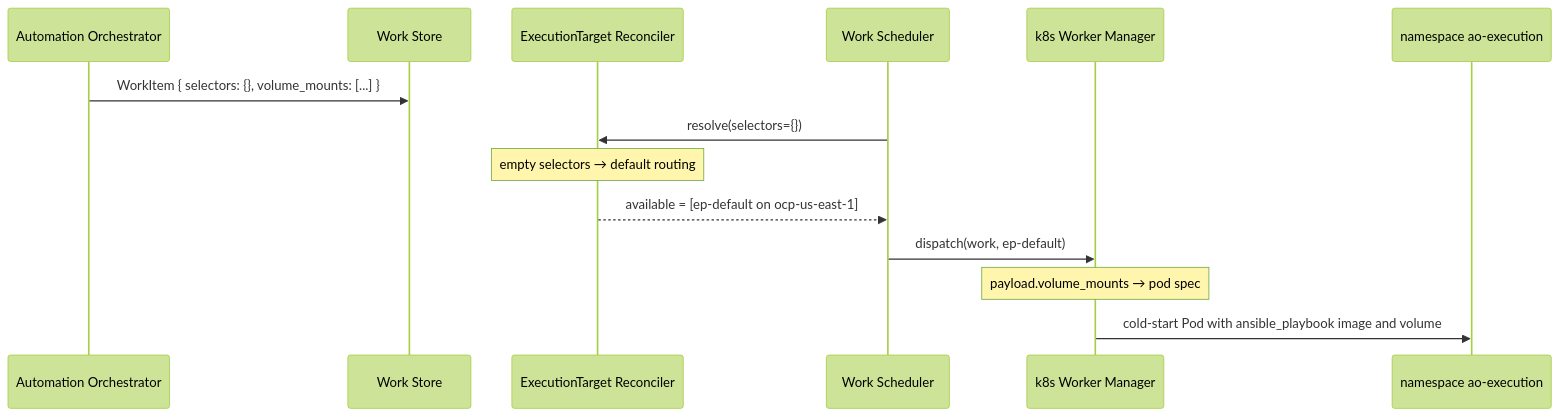
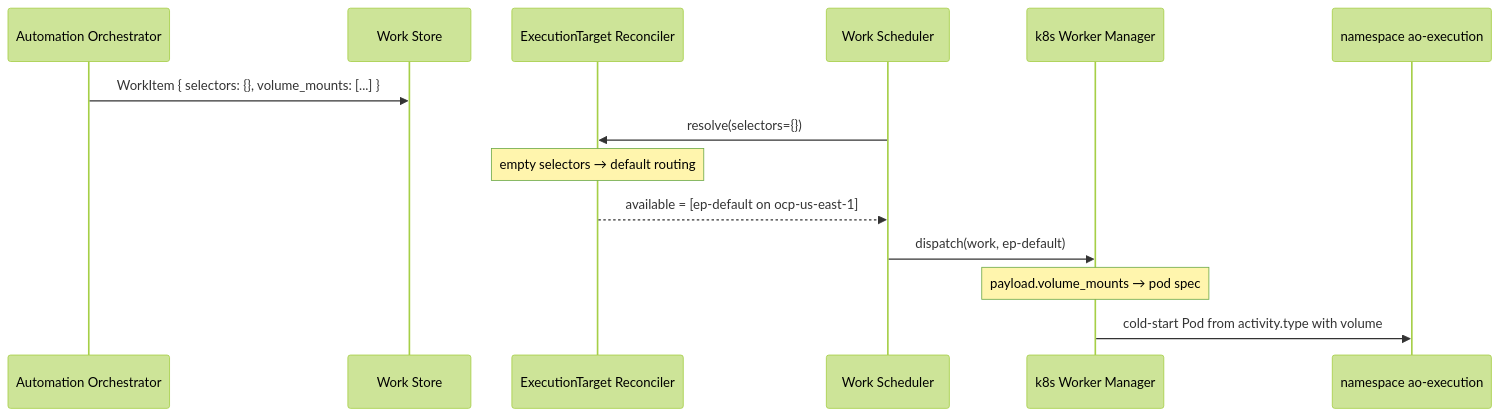
Before and after one commit to syntara-orchestration/syntara: the diagram in backend/docs/execution-plane/examples/02-volume-mount.md, drawn with Mermaid (forest theme). The commit also changed other lines of this file and 4 other files, not shown here.

First line of the commit message:
docs(AAP-92721): put the resolved container image on activity.type

````diff
--- a/backend/docs/execution-plane/examples/02-volume-mount.md
+++ b/backend/docs/execution-plane/examples/02-volume-mount.md
@@ -124,17 +124,17 @@
 ```mermaid
 sequenceDiagram
     participant AO as Automation Orchestrator
     participant WS as Work Store
     participant ETR as ExecutionTarget Reconciler
     participant Sch as Work Scheduler
     participant WM as k8s Worker Manager
     participant NS as namespace ao-execution
 
     AO->>WS: WorkItem { selectors: {}, volume_mounts: [...] }
     Sch->>ETR: resolve(selectors={})
     Note over ETR: empty selectors → default routing
     ETR-->>Sch: available = [ep-default on ocp-us-east-1]
     Sch->>WM: dispatch(work, ep-default)
     Note over WM: payload.volume_mounts → pod spec
-    WM->>NS: cold-start Pod with ansible_playbook image and volume
+    WM->>NS: cold-start Pod from activity.type with volume
 ```
````
